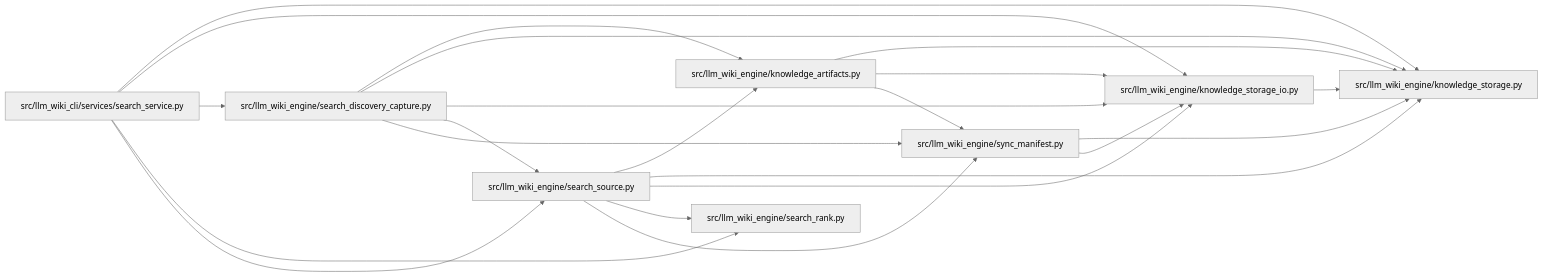
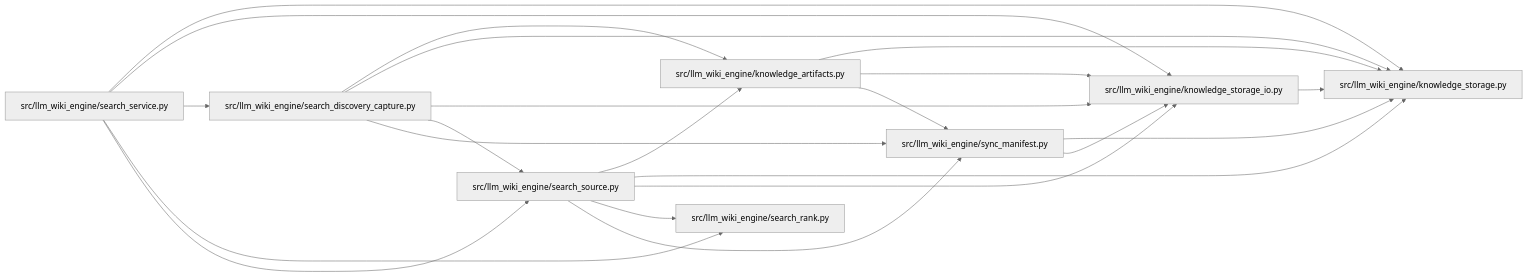
The diagram in docs/llm_wiki/modules/search_source.md (Denissvgn/python-wiki-llm), drawn with Mermaid (neutral theme) before and after one commit. The commit also changed 648 other files, not shown here.

Commit message:
docs: refresh the wiki for the engine task contract and search

````diff
--- a/docs/llm_wiki/modules/search_source.md
+++ b/docs/llm_wiki/modules/search_source.md
@@ -27,40 +27,40 @@
 ```mermaid
 flowchart LR
-    n0["src/llm_wiki_cli/services/search_service.py"]
-    n1["src/llm_wiki_engine/knowledge_artifacts.py"]
-    n2["src/llm_wiki_engine/knowledge_storage.py"]
-    n3["src/llm_wiki_engine/knowledge_storage_io.py"]
-    n4["src/llm_wiki_engine/search_discovery_capture.py"]
-    n5["src/llm_wiki_engine/search_rank.py"]
+    n0["src/llm_wiki_engine/knowledge_artifacts.py"]
+    n1["src/llm_wiki_engine/knowledge_storage.py"]
+    n2["src/llm_wiki_engine/knowledge_storage_io.py"]
+    n3["src/llm_wiki_engine/search_discovery_capture.py"]
+    n4["src/llm_wiki_engine/search_rank.py"]
+    n5["src/llm_wiki_engine/search_service.py"]
     n6["src/llm_wiki_engine/search_source.py"]
     n7["src/llm_wiki_engine/sync_manifest.py"]
+    n0 --> n1
     n0 --> n2
-    n0 --> n3
-    n0 --> n4
-    n0 --> n5
-    n0 --> n6
-    n1 --> n2
-    n1 --> n3
-    n1 --> n7
+    n0 --> n7
+    n2 --> n1
+    n3 --> n0
+    n3 --> n1
     n3 --> n2
-    n4 --> n1
-    n4 --> n2
-    n4 --> n3
-    n4 --> n6
-    n4 --> n7
+    n3 --> n6
+    n3 --> n7
+    n5 --> n1
+    n5 --> n2
+    n5 --> n3
+    n5 --> n4
+    n5 --> n6
+    n6 --> n0
     n6 --> n1
     n6 --> n2
-    n6 --> n3
-    n6 --> n5
+    n6 --> n4
     n6 --> n7
+    n7 --> n1
     n7 --> n2
-    n7 --> n3
-    click n0 "../modules/search_service.md"
-    click n1 "../modules/knowledge_artifacts.md"
-    click n2 "../modules/knowledge_storage.md"
-    click n3 "../modules/knowledge_storage_io.md"
-    click n4 "../modules/search_discovery_capture.md"
-    click n5 "../modules/search_rank.md"
+    click n0 "../modules/knowledge_artifacts.md"
+    click n1 "../modules/knowledge_storage.md"
+    click n2 "../modules/knowledge_storage_io.md"
+    click n3 "../modules/search_discovery_capture.md"
+    click n4 "../modules/search_rank.md"
+    click n5 "../modules/search_service.md"
     click n6 "../modules/search_source.md"
     click n7 "../modules/sync_manifest.md"
 ```
````
